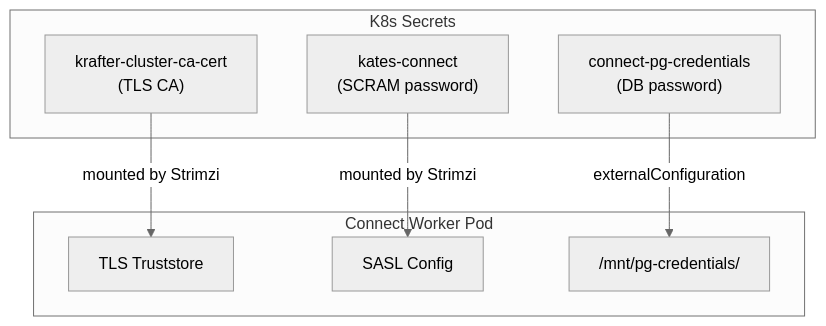
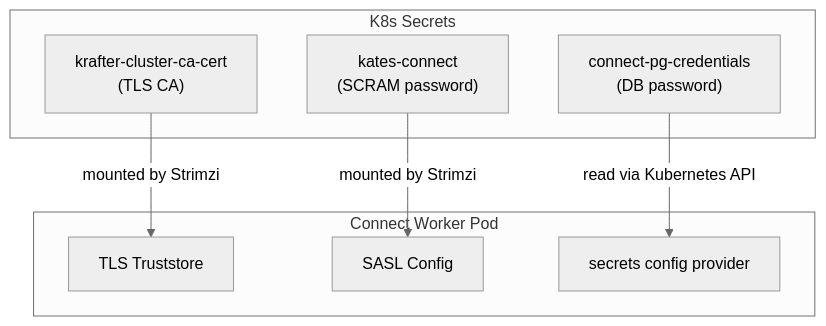
Before and after one commit to actions-marketplace-validations/bmscomp_kates: diagram 16 of 19 in docs/book/21-kafka-connect.md, drawn with Mermaid (neutral theme). The commit also changed other lines of this file and 23 other files, not shown here.

````diff
--- a/docs/book/21-kafka-connect.md
+++ b/docs/book/21-kafka-connect.md
@@ -1002,18 +1006,18 @@
 ```mermaid
 graph TB
     subgraph K8s Secrets
         S1["krafter-cluster-ca-cert<br/>(TLS CA)"] 
         S2["kates-connect<br/>(SCRAM password)"]
         S3["connect-pg-credentials<br/>(DB password)"]
     end
 
     subgraph Connect Worker Pod
         TLS["TLS Truststore"]
         SASL["SASL Config"]
-        VOL["/mnt/pg-credentials/"]
+        PROV["secrets config provider"]
     end
 
     S1 -->|"mounted by Strimzi"| TLS
     S2 -->|"mounted by Strimzi"| SASL
-    S3 -->|"externalConfiguration"| VOL
+    S3 -->|"read via Kubernetes API"| PROV
 ```
````
